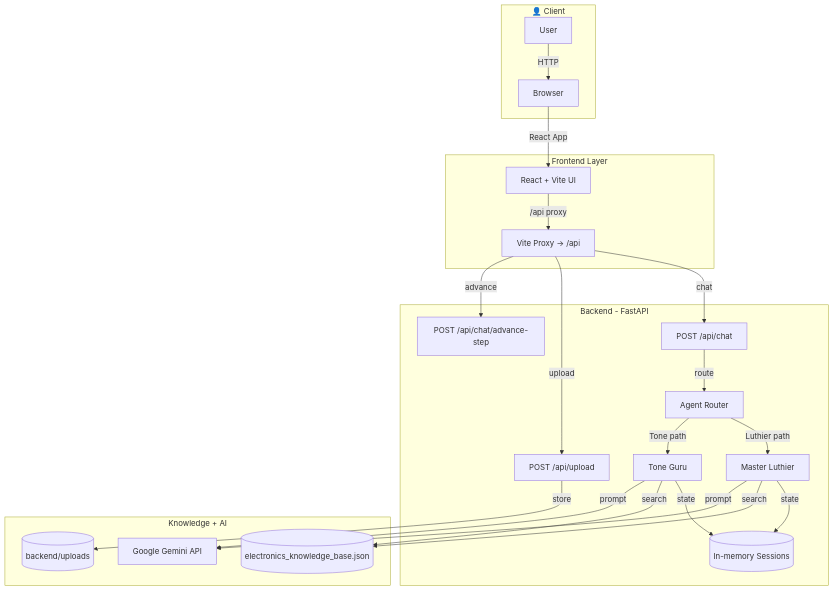
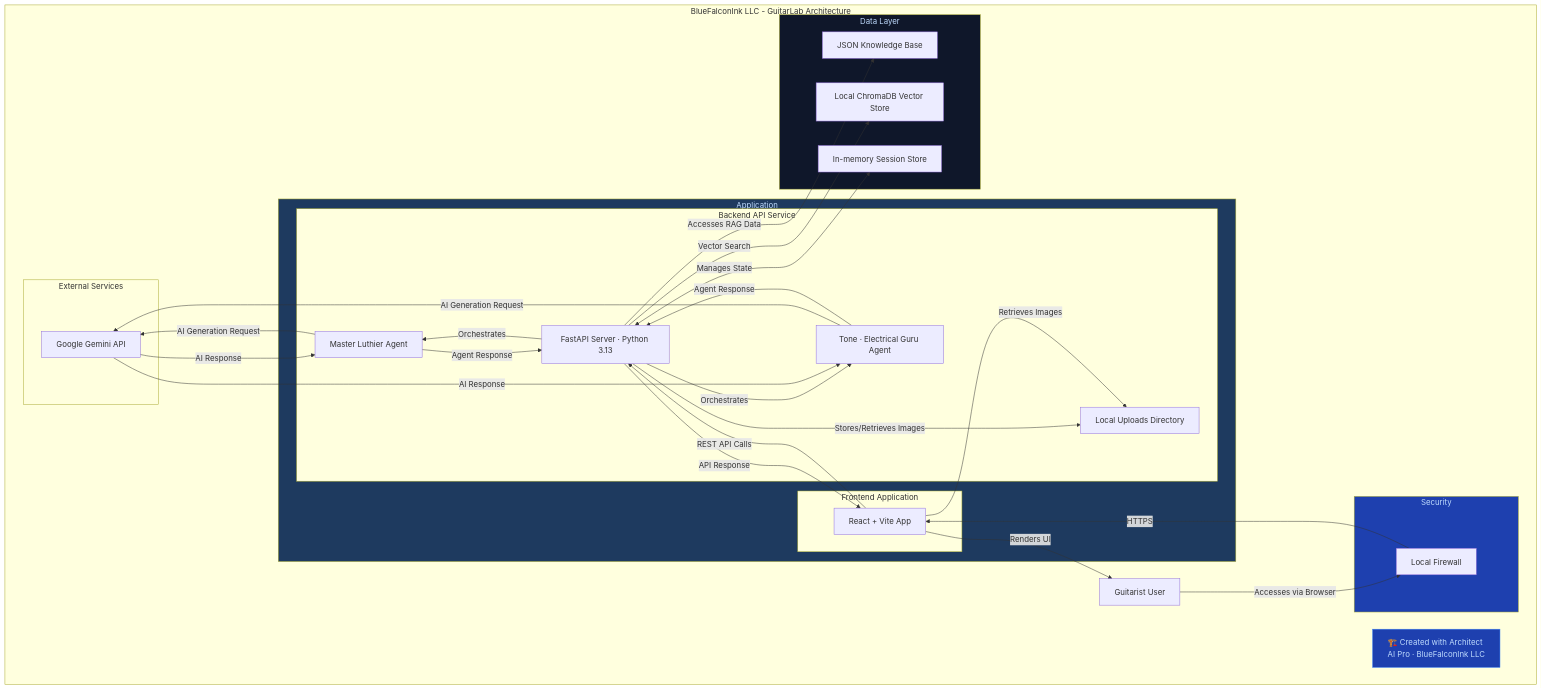
One commit to bluefalconink/GuitarLab changed the diagram in docs/architecture.mermaid. Above: the diagram before and after it, drawn with Mermaid. The commit also changed 3 other files, not shown here.

Commit message:
docs: auto-update architecture diagram via Architect AI Pro [skip ci]

```diff
--- a/docs/architecture.mermaid
+++ b/docs/architecture.mermaid
@@ -1,50 +1,59 @@
-%% GuitarLab architecture - current local implementation
+%% Generated by Architect AI Pro | BlueFalconInk LLC
+%% https://architect-ai-pro-mobile-edition-484078543321.us-west1.run.app/
 graph TD
-    subgraph Client["👤 Client"]
-        User["User"]
-        Browser["Browser"]
+    subgraph BFI_Arch ["BlueFalconInk LLC - GuitarLab Architecture"]
+        User[Guitarist User]
+
+        subgraph SecuritySG ["Security"]
+            LocalFirewall[Local Firewall]
+        end
+
+        subgraph ApplicationSG ["Application"]
+            subgraph FrontendApp ["Frontend Application"]
+                ReactVite[React + Vite App]
+            end
+
+            subgraph BackendApp ["Backend API Service"]
+                FastAPI[FastAPI Server · Python 3.13]
+                LuthierAgent[Master Luthier Agent]
+                ToneGuruAgent[Tone · Electrical Guru Agent]
+                Uploads[Local Uploads Directory]
+            end
+        end
+
+        subgraph DataSG ["Data Layer"]
+            KnowledgeBase[JSON Knowledge Base]
+            ChromaDB[Local ChromaDB Vector Store]
+            SessionStore[In-memory Session Store]
+        end
+
+        subgraph ExternalSG ["External Services"]
+            GoogleGemini[Google Gemini API]
+        end
+
+        User -->|Accesses via Browser| LocalFirewall
+        LocalFirewall -->|HTTPS| ReactVite
+        ReactVite -->|REST API Calls| FastAPI
+        FastAPI -->|Orchestrates| LuthierAgent
+        FastAPI -->|Orchestrates| ToneGuruAgent
+        LuthierAgent -->|AI Generation Request| GoogleGemini
+        ToneGuruAgent -->|AI Generation Request| GoogleGemini
+        GoogleGemini -->|AI Response| LuthierAgent
+        GoogleGemini -->|AI Response| ToneGuruAgent
+        LuthierAgent -->|Agent Response| FastAPI
+        ToneGuruAgent -->|Agent Response| FastAPI
+        FastAPI -->|Stores/Retrieves Images| Uploads
+        ReactVite -->|Retrieves Images| Uploads
+        FastAPI -->|Accesses RAG Data| KnowledgeBase
+        FastAPI -->|Vector Search| ChromaDB
+        FastAPI <-->|Manages State| SessionStore
+        FastAPI -->|API Response| ReactVite
+        ReactVite -->|Renders UI| User
+
+        FOOTER[🏗️ Created with Architect AI Pro · BlueFalconInk LLC]
     end
 
-    subgraph Frontend["Frontend Layer"]
-        ReactApp["React + Vite UI"]
-        ViteProxy["Vite Proxy → /api"]
-    end
-
-    subgraph Backend["Backend - FastAPI"]
-        ChatRoute["POST /api/chat"]
-        UploadRoute["POST /api/upload"]
-        AdvanceRoute["POST /api/chat/advance-step"]
-        AgentRouter["Agent Router"]
-        Luthier["Master Luthier"]
-        ToneGuru["Tone Guru"]
-        Sessions[("In-memory Sessions")]
-    end
-
-    subgraph Knowledge["Knowledge + AI"]
-        KB[("electronics_knowledge_base.json")]
-        Uploads[("backend/uploads")]
-        Gemini["Google Gemini API"]
-    end
-
-    User -->|HTTP| Browser
-    Browser -->|React App| ReactApp
-    ReactApp -->|/api proxy| ViteProxy
-    
-    ViteProxy -->|chat| ChatRoute
-    ViteProxy -->|upload| UploadRoute
-    ViteProxy -->|advance| AdvanceRoute
-
-    ChatRoute -->|route| AgentRouter
-    UploadRoute -->|store| Uploads
-    
-    AgentRouter -->|Luthier path| Luthier
-    AgentRouter -->|Tone path| ToneGuru
-
-    Luthier -->|state| Sessions
-    ToneGuru -->|state| Sessions
-
-    Luthier -->|search| KB
-    ToneGuru -->|search| KB
-
-    Luthier -->|prompt| Gemini
-    ToneGuru -->|prompt| Gemini
+    style SecuritySG fill:#1E40AF,color:#BFDBFE
+    style ApplicationSG fill:#1E3A5F,color:#BFDBFE
+    style DataSG fill:#0F172A,color:#BFDBFE
+    style FOOTER fill:#1E40AF,color:#BFDBFE,stroke:#3B82F6
```
